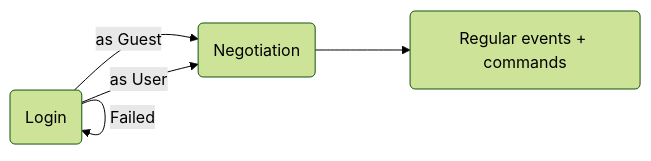
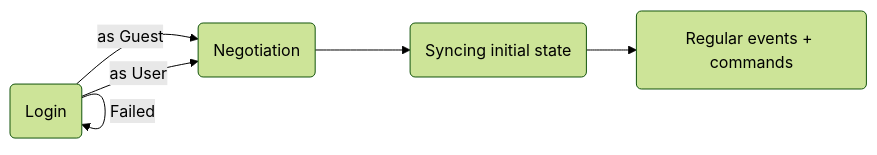
One commit to DanielOaks/collabodraw-server changed the diagram in doc/protocol-canvas.md. Above: the diagram before and after it, drawn with Mermaid (forest theme). The commit also changed other lines of this file, not shown here.

Commit message:
Add initial user and layer syncing

````diff
--- a/doc/protocol-canvas.md
+++ b/doc/protocol-canvas.md
@@ -9,7 +9,8 @@
 ```mermaid
 flowchart LR
     Login(Login) -->|as Guest| Negotiation(Negotiation)
     Login -->|as User| Negotiation
     Login -->|Failed| Login
-    Negotiation --> BackAndForth(Regular events + commands)
+    Negotiation --> SyncState(Syncing initial state)
+    SyncState --> BackAndForth(Regular events + commands)
 ```
````
